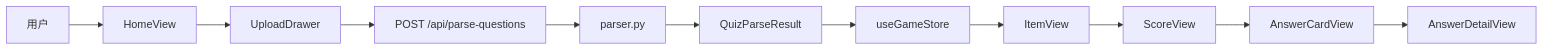
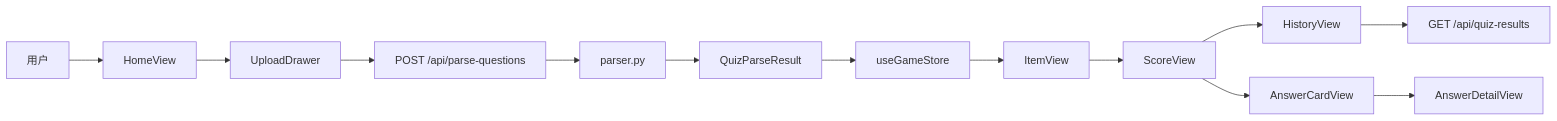
The diagram in docs/learn/ARCHITECTURE.md (zhengli12305/happfri), drawn with Mermaid before and after one commit. The commit also changed other lines of this file and 76 other files, not shown here.

First line of the commit message:
Add quiz history persistence, ECharts history page, and frontend perf improvements.

````diff
--- a/docs/learn/ARCHITECTURE.md
+++ b/docs/learn/ARCHITECTURE.md
@@ -9,13 +9,15 @@
 ```mermaid
 flowchart LR
   User[用户] --> Home[HomeView]
   Home --> Upload[UploadDrawer]
   Upload --> API["POST /api/parse-questions"]
   API --> Parser[parser.py]
   Parser --> JSON[QuizParseResult]
   JSON --> GameStore[useGameStore]
   GameStore --> Item[ItemView]
   Item --> Score[ScoreView]
+  Score --> History[HistoryView]
   Score --> Card[AnswerCardView]
   Card --> Detail[AnswerDetailView]
+  History --> HistoryAPI["GET /api/quiz-results"]
 ```
````
